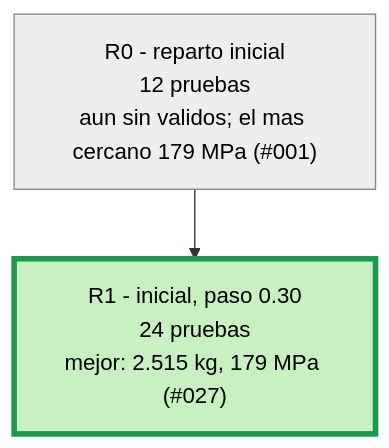
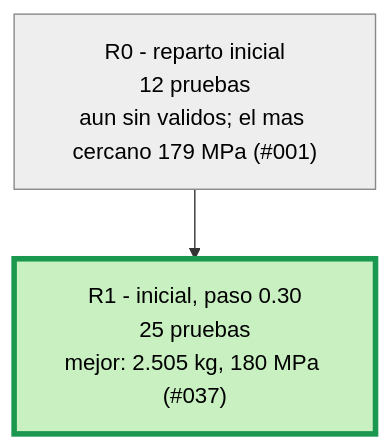
The second of 3 diagrams in runs/opt_37800N/ARBOL.md (Hugiko/msd-soporte-optimizacion), drawn with Mermaid before and after one commit. The commit also changed 43 other files, not shown here.

Commit message:
NUEVO MEJOR DISENO: 2.505 kg, 180 MPa (Refuerzo + vaciado 037)

````diff
--- a/runs/opt_37800N/ARBOL.md
+++ b/runs/opt_37800N/ARBOL.md
@@ -21,9 +21,9 @@
 ```mermaid
 graph TD
 classDef activa fill:#d6eaff,stroke:#1f6fb5,color:#000
 classDef fin fill:#eeeeee,stroke:#888,color:#000
 classDef mejor fill:#c8f0c0,stroke:#1a9850,stroke-width:4px,color:#000
 R0["R0 - reparto inicial<br/>12 pruebas<br/>aun sin validos; el mas cercano 179 MPa (#001)"]:::fin
-R1["R1 - inicial, paso 0.30<br/>24 pruebas<br/>mejor: 2.515 kg, 179 MPa (#027)"]:::mejor
+R1["R1 - inicial, paso 0.30<br/>25 pruebas<br/>mejor: 2.505 kg, 180 MPa (#037)"]:::mejor
 R0 --> R1
 ```
````
